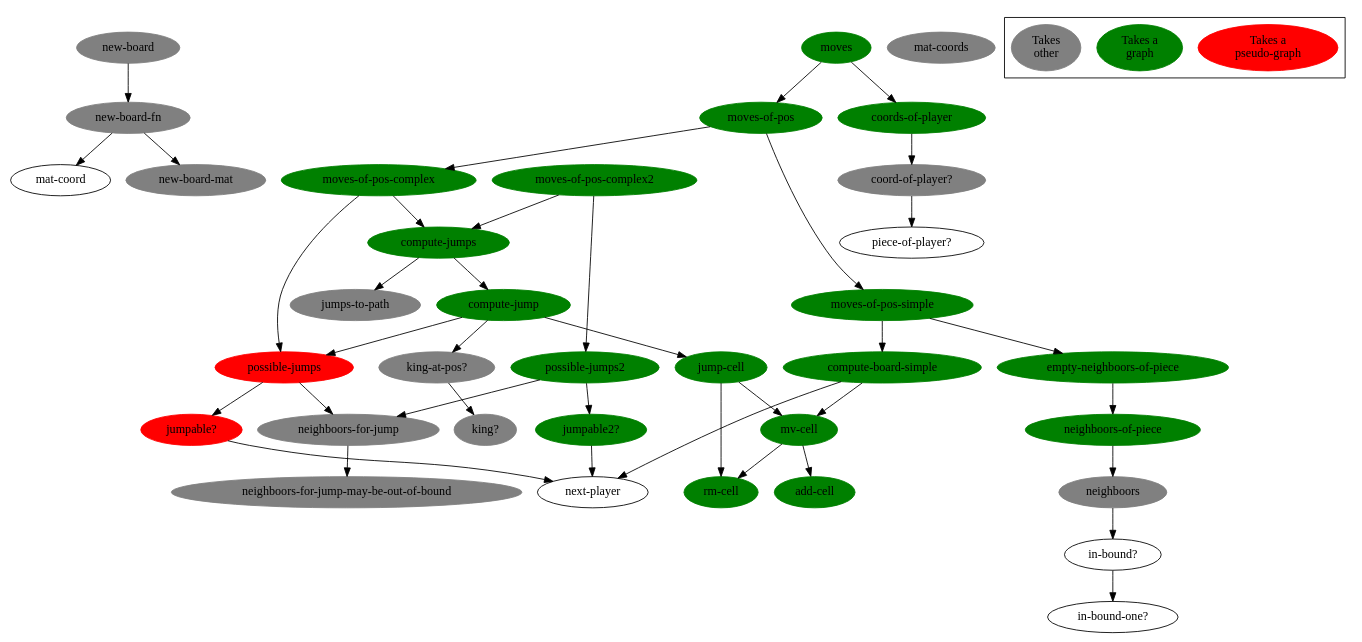
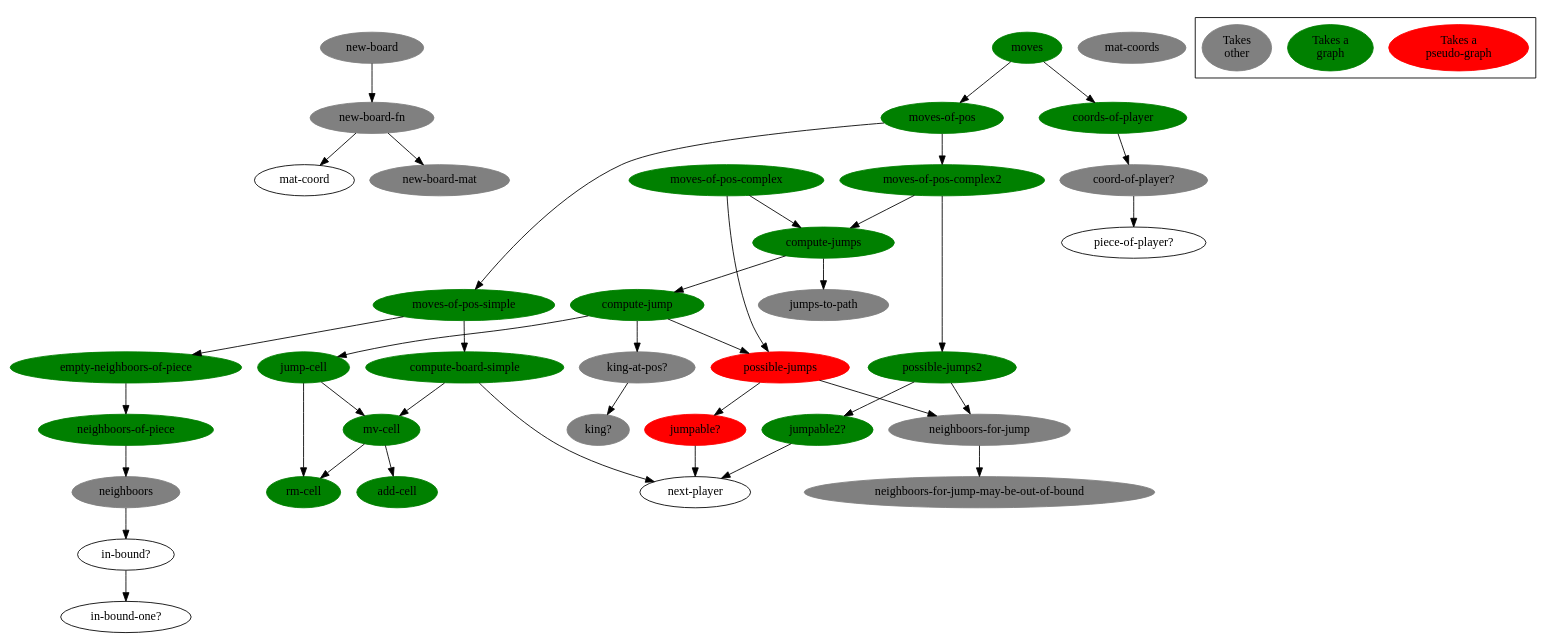
The diagram in doc/function-graph-detailled.dot (denlab/clojure-plays-checkers), drawn with Graphviz before and after one commit. The commit also changed 1 other file, not shown here.

Commit message:
refacto-in-progress: branched moves-of-pos on moves-of-pos-complex2, next step: remove moves-of-pos-complex

```diff
--- a/doc/function-graph-detailled.dot
+++ b/doc/function-graph-detailled.dot
@@ -1,123 +1,123 @@
 digraph funtions {
 
 /******************************************************************************
  *                         edges                                              *         
  ******************************************************************************/
 
         "new-board-fn" -> "mat-coord";
         "new-board-fn" -> "new-board-mat";
         
         "new-board" -> "new-board-fn";
 
         "in-bound?" -> "in-bound-one?";
 
         "neighboors" -> "in-bound?";
 
         "neighboors-of-piece" -> "neighboors";
 
         "empty-neighboors-of-piece" -> "neighboors-of-piece";
 
         "mv-cell" -> "rm-cell";
         "mv-cell" -> "add-cell";
 
         "compute-board-simple" -> "mv-cell";
         "compute-board-simple" -> "next-player";
 
         "moves-of-pos-simple" -> "compute-board-simple";
         "moves-of-pos-simple" ->  "empty-neighboors-of-piece";
         
         "neighboors-for-jump" -> "neighboors-for-jump-may-be-out-of-bound";
 
         "jumpable?" -> "next-player";
         "jumpable2?" -> "next-player";
 
         "possible-jumps" -> "jumpable?";
         "possible-jumps" -> "neighboors-for-jump";
 
         "possible-jumps2" -> "jumpable2?";
         "possible-jumps2" -> "neighboors-for-jump";
 
         "jump-cell" -> "rm-cell";
         "jump-cell" -> "mv-cell";
 
         "king-at-pos?" -> "king?";
 
         "compute-jump" -> "jump-cell";
         "compute-jump" -> "possible-jumps";
         "compute-jump" -> "king-at-pos?";
 
         "compute-jumps" -> "compute-jump";
         "compute-jumps" -> "jumps-to-path";
 
         "moves-of-pos-complex" -> "compute-jumps";
         "moves-of-pos-complex" -> "possible-jumps";
 
         "moves-of-pos-complex2" -> "compute-jumps";
         "moves-of-pos-complex2" -> "possible-jumps2";
 
         "moves-of-pos" -> "moves-of-pos-simple";
-        "moves-of-pos" -> "moves-of-pos-complex";
+        "moves-of-pos" -> "moves-of-pos-complex2";
 
         "coord-of-player?" -> "piece-of-player?";
 
         "coords-of-player" -> "coord-of-player?";
 
         "moves" -> "moves-of-pos";
         "moves" -> "coords-of-player";
 
 /******************************************************************************
  *                         nodes                                              *         
  ******************************************************************************/
 
         "moves"[bgcolor=green color=green style=filled];
         "coords-of-player"[bgcolor=green color=green style=filled];
         "moves-of-pos"[bgcolor=green color=green style=filled];
         "moves-of-pos-complex"[bgcolor=green color=green style=filled];
         "moves-of-pos-complex2"[bgcolor=green color=green style=filled];
         "moves-of-pos-simple"[bgcolor=green color=green style=filled];
         "compute-board-simple"[bgcolor=green color=green style=filled];
         "mv-cell"[bgcolor=green color=green style=filled];
         "add-cell"[bgcolor=green color=green style=filled];
         "rm-cell"[bgcolor=green color=green style=filled];
         "empty-neighboors-of-piece"[bgcolor=green color=green style=filled];
         "neighboors-of-piece"[bgcolor=green color=green style=filled];
 
         "compute-jump"[bgcolor=green color=green style=filled];
 
         "jump-cell"[bgcolor=green color=green style=filled];
         "possible-jumps"[bgcolor=red color=red style=filled];
         "possible-jumps2"[bgcolor=green color=green style=filled];
         "jumpable?"[bgcolor=red color=red style=filled];
         "jumpable2?"[bgcolor=green color=green style=filled];
 
         "coord-of-player?"[bgcolor=grey color=grey style=filled];
         "jumps-to-path"[bgcolor=grey color=grey style=filled];
         "king-at-pos?"[bgcolor=grey color=grey style=filled];
         "king?"[bgcolor=grey color=grey style=filled];
         "neighboors-for-jump"[bgcolor=grey color=grey style=filled];
         "neighboors-for-jump-may-be-out-of-bound"[bgcolor=grey color=grey style=filled];
         "neighboors"[bgcolor=grey color=grey style=filled];
         "new-board"[bgcolor=grey color=grey style=filled];
         "new-board-fn"[bgcolor=grey color=grey style=filled];
         "new-board-mat"[bgcolor=grey color=grey style=filled];
         "mat-coords"[bgcolor=grey color=grey style=filled];
 
 
         "compute-jumps"[bgcolor=green color=green style=filled];
 
 /******************************************************************************
  *                         legend                                             *         
  ******************************************************************************/
 
         "Takes a\npseudo-graph"[bgcolor=red color=red style=filled];
         "Takes a\ngraph"[bgcolor=green color=green style=filled];
 //        "Takes\nother"[bgcolor="#94003f" color="#94003f" style=filled];
         "Takes\nother"[bgcolor=grey color=grey style=filled];
 
         subgraph "cluster-legend" {
                 "Takes a\npseudo-graph";
                 "Takes a\ngraph";
                 "Takes\nother";
         }
 
 }
```
